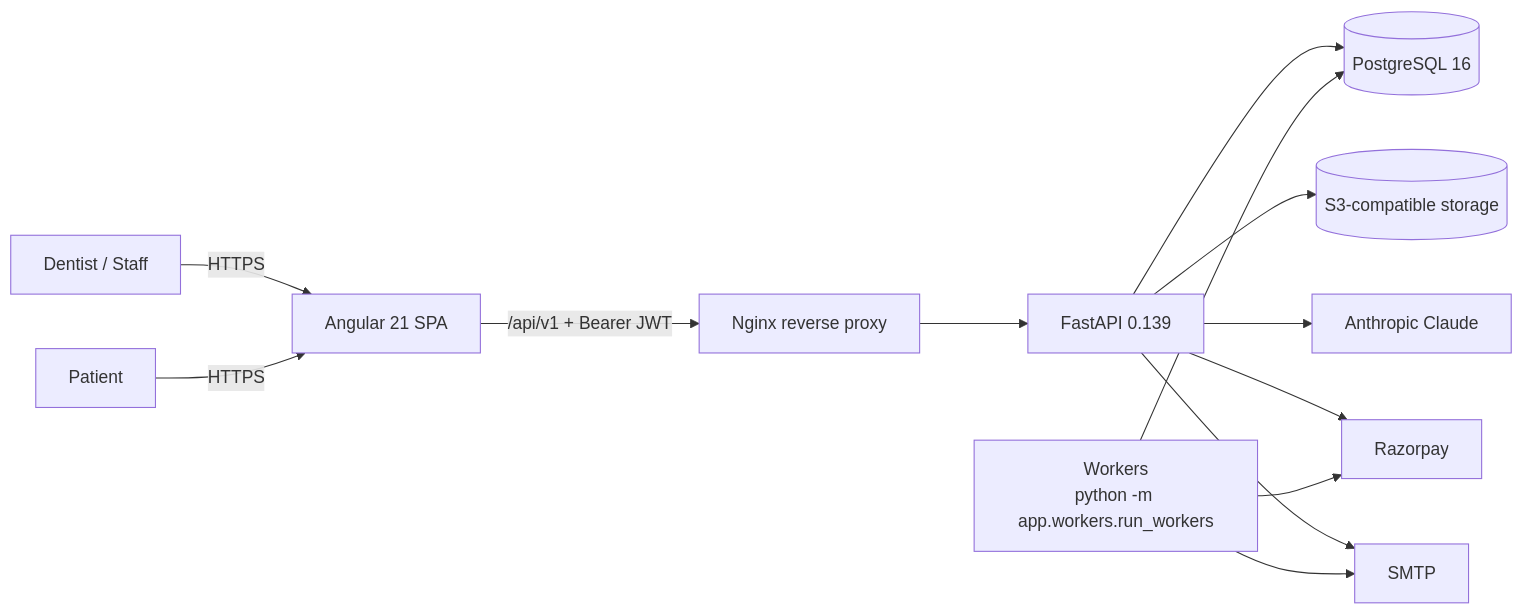
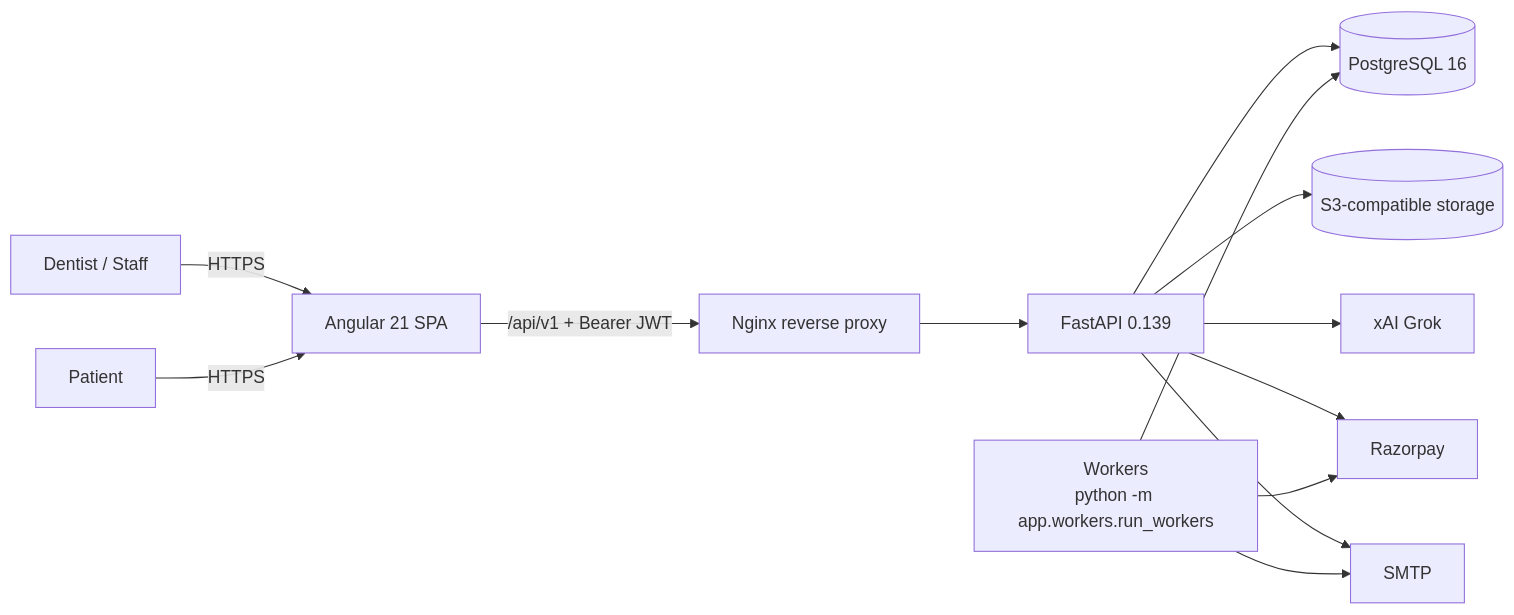
Before and after one commit to saman2ny/otheryn-platform: the diagram in products/healthcare/dental/dentalpilot-ai/README.md, drawn with Mermaid. The commit also changed other lines of this file and 24 other files, not shown here.

Commit message:
anthropic to grok

````diff
--- a/products/healthcare/dental/dentalpilot-ai/README.md
+++ b/products/healthcare/dental/dentalpilot-ai/README.md
@@ -36,15 +36,15 @@
 ```mermaid
 flowchart LR
     U[Dentist / Staff] -->|HTTPS| FE[Angular 21 SPA]
     P[Patient] -->|HTTPS| FE
     FE -->|/api/v1 + Bearer JWT| NGX[Nginx reverse proxy]
     NGX --> API[FastAPI 0.139]
     API --> DB[(PostgreSQL 16)]
     API --> S3[(S3-compatible storage)]
-    API --> AN[Anthropic Claude]
+    API --> AN[xAI Grok]
     API --> RZP[Razorpay]
     API --> SMTP[SMTP]
     W[Workers\npython -m app.workers.run_workers] --> DB
     W --> SMTP
     W --> RZP
 ```
````
